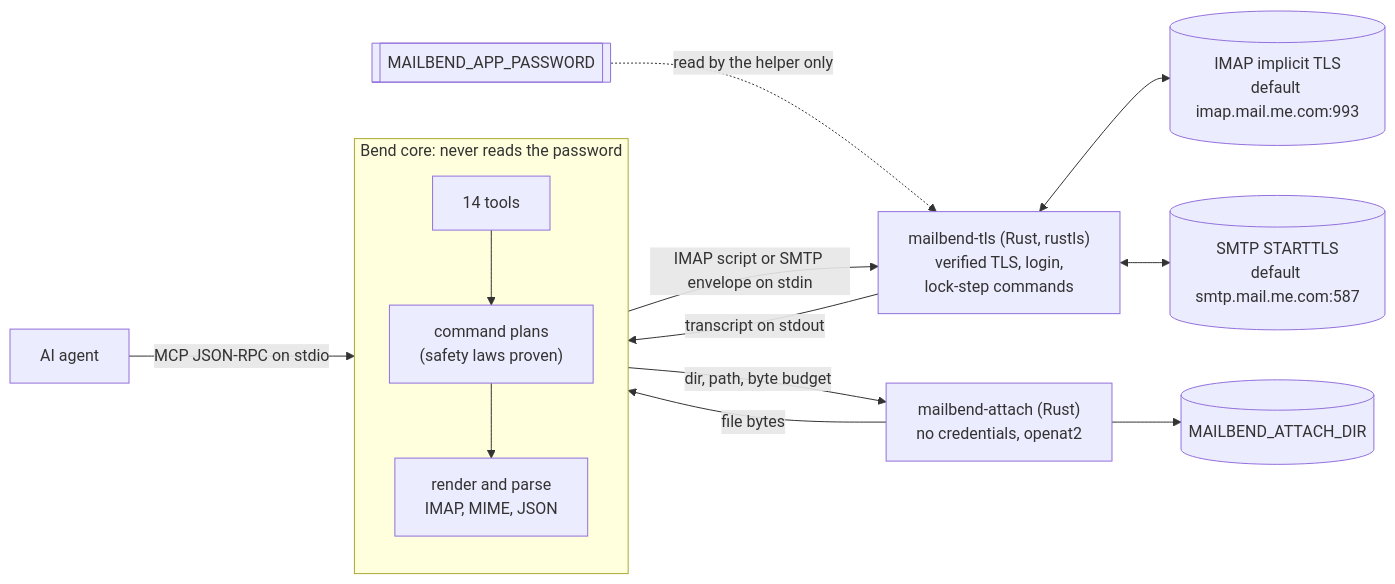
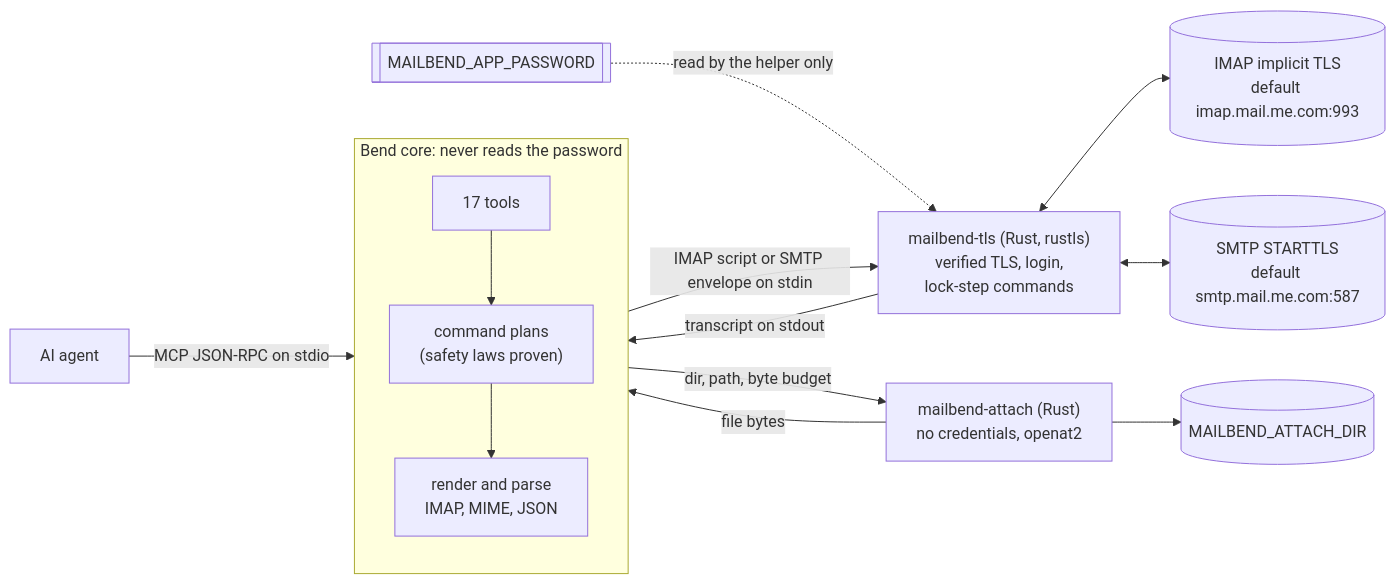
One commit to albertc71/MailBend changed the diagram in README.md. Above: the diagram before and after it, drawn with Mermaid. The commit also changed other lines of this file and 13 other files, not shown here.

````diff
--- a/README.md
+++ b/README.md
@@ -227,17 +253,17 @@
 ```mermaid
 flowchart LR
   agent["AI agent"] -- "MCP JSON-RPC on stdio" --> core
   subgraph core["Bend core: never reads the password"]
     direction TB
-    tools["14 tools"] --> plans["command plans<br/>(safety laws proven)"]
+    tools["17 tools"] --> plans["command plans<br/>(safety laws proven)"]
     plans --> parse["render and parse<br/>IMAP, MIME, JSON"]
   end
   core -- "IMAP script or SMTP envelope on stdin" --> helper["mailbend-tls (Rust, rustls)<br/>verified TLS, login,<br/>lock-step commands"]
   helper -- "transcript on stdout" --> core
   helper <--> imap[("IMAP implicit TLS<br/>default imap.mail.me.com:993")]
   helper <--> smtp[("SMTP STARTTLS<br/>default smtp.mail.me.com:587")]
   secrets[["MAILBEND_APP_PASSWORD"]] -. "read by the helper only" .-> helper
   core -- "dir, path, byte budget" --> reader["mailbend-attach (Rust)<br/>no credentials, openat2"]
   reader -- "file bytes" --> core
   reader --> files[("MAILBEND_ATTACH_DIR")]
 ```
````
